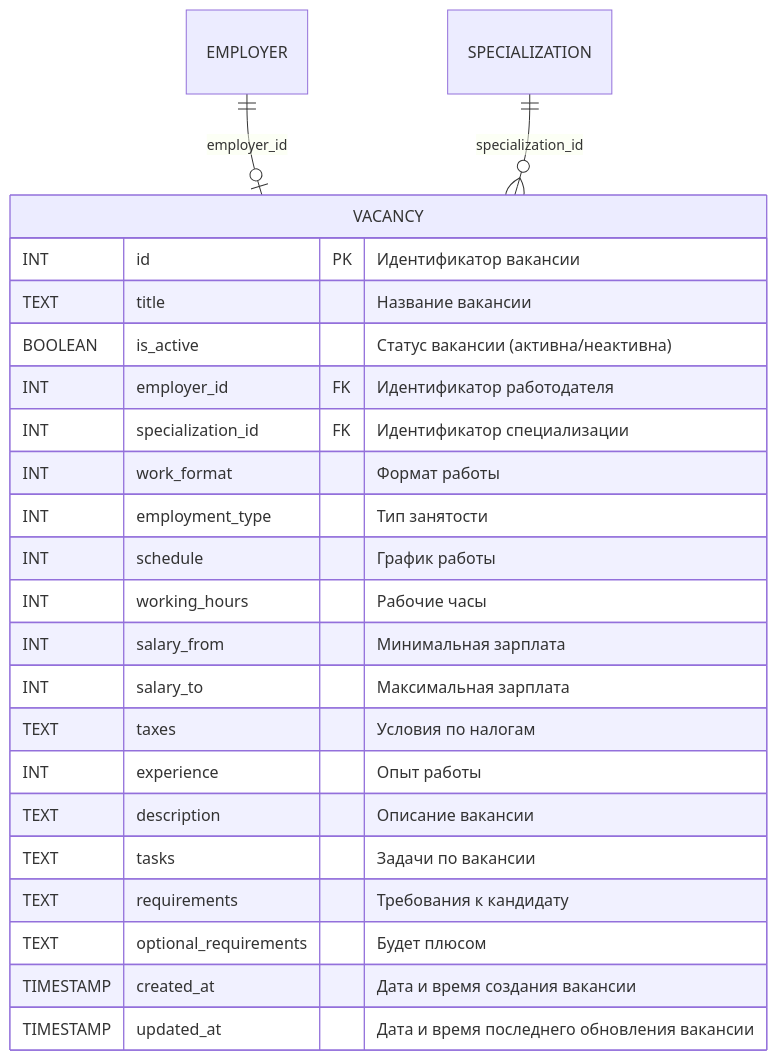
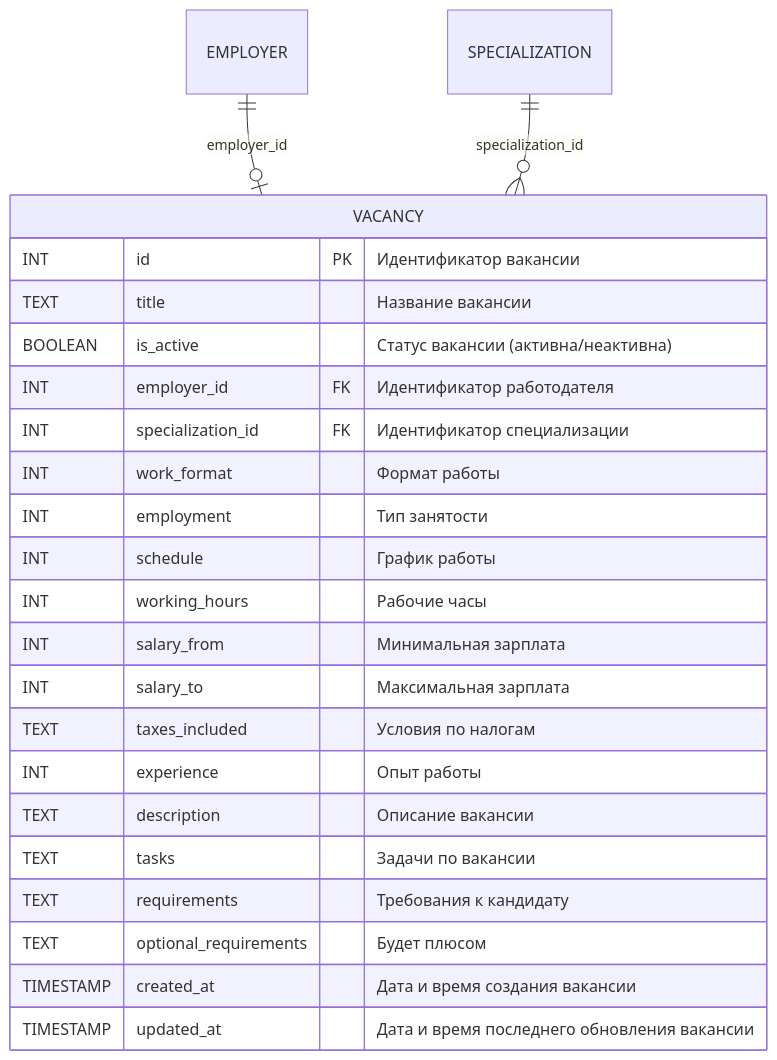
The seventh of 18 diagrams in db/normalized/relations.md (go-park-mail-ru/2025_1_Orange), drawn with Mermaid before and after one commit. The commit also changed other lines of this file and 2 other files, not shown here.

````diff
--- a/db/normalized/relations.md
+++ b/db/normalized/relations.md
@@ -260,26 +262,26 @@
 ```mermaid
 erDiagram
     VACANCY {
         INT id PK "Идентификатор вакансии"
         TEXT title "Название вакансии"
         BOOLEAN is_active "Статус вакансии (активна/неактивна)"
         INT employer_id FK "Идентификатор работодателя"
         INT specialization_id FK "Идентификатор специализации"
         INT work_format "Формат работы"
-        INT employment_type "Тип занятости"
+        INT employment "Тип занятости"
         INT schedule "График работы"
         INT working_hours "Рабочие часы"
         INT salary_from "Минимальная зарплата"
         INT salary_to "Максимальная зарплата"
-        TEXT taxes "Условия по налогам"
+        TEXT taxes_included "Условия по налогам"
         INT experience "Опыт работы"
         TEXT description "Описание вакансии"
         TEXT tasks "Задачи по вакансии"
         TEXT requirements "Требования к кандидату"
         TEXT optional_requirements "Будет плюсом"
         TIMESTAMP created_at "Дата и время создания вакансии"
         TIMESTAMP updated_at "Дата и время последнего обновления вакансии"
     }
     EMPLOYER ||--o| VACANCY : "employer_id"
     SPECIALIZATION ||--o{ VACANCY : "specialization_id"
 ```
````
